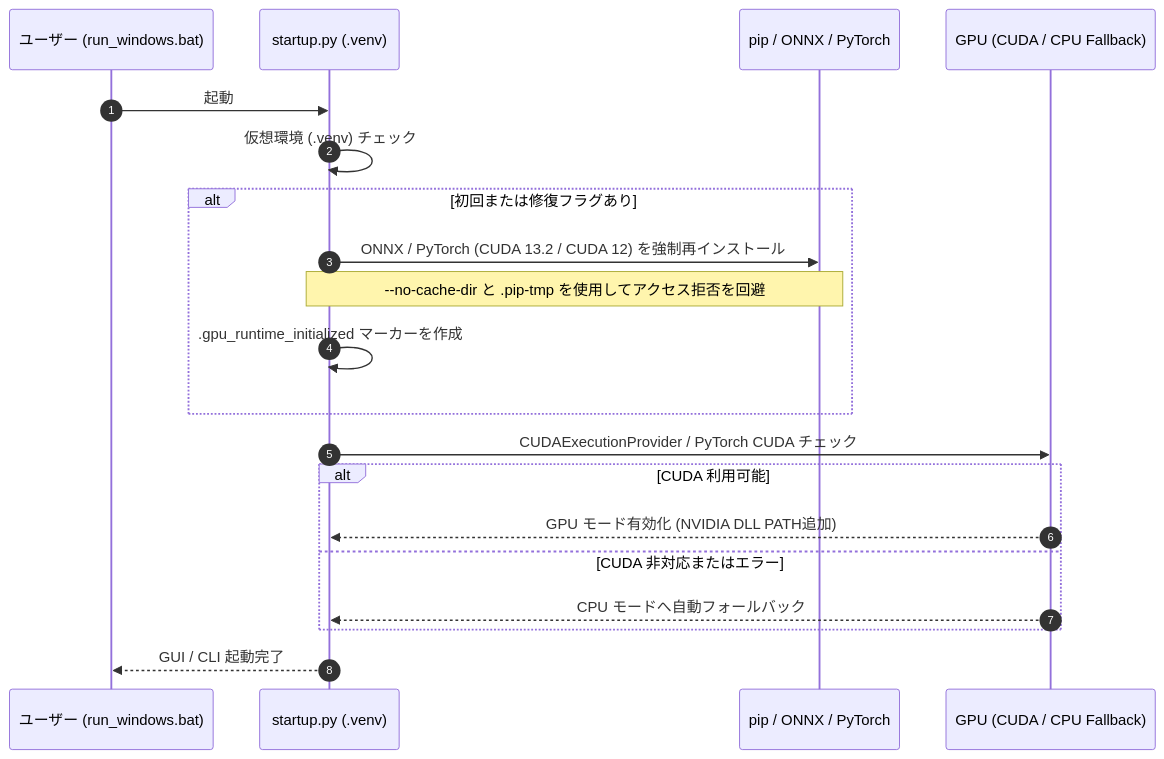
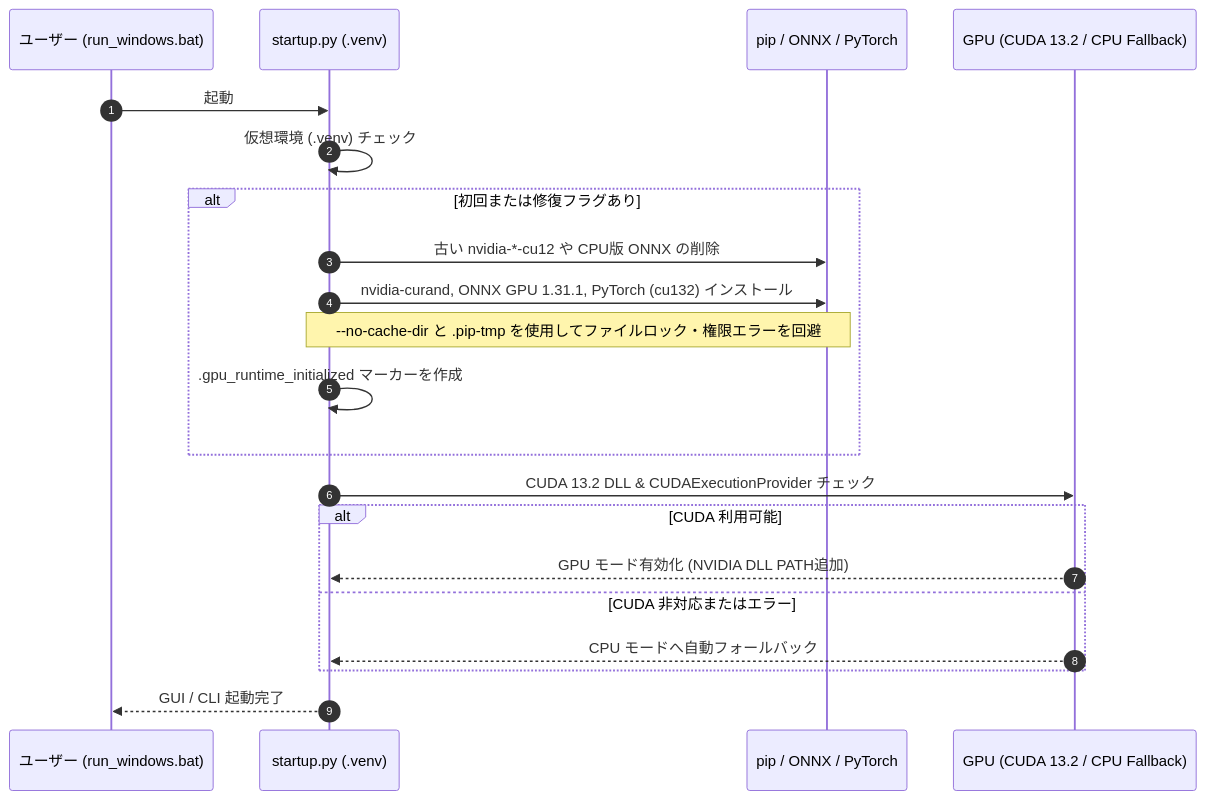
Before and after one commit to himaajinsan/twitter_image_sorter: the second of 2 diagrams in README.md, drawn with Mermaid. The commit also changed other lines of this file and 7 other files, not shown here.

````diff
--- a/README.md
+++ b/README.md
@@ -51,23 +51,24 @@
 ```mermaid
 sequenceDiagram
     autonumber
     participant U as ユーザー (run_windows.bat)
     participant S as startup.py (.venv)
     participant P as pip / ONNX / PyTorch
-    participant G as GPU (CUDA / CPU Fallback)
+    participant G as GPU (CUDA 13.2 / CPU Fallback)
 
     U->>S: 起動
     S->>S: 仮想環境 (.venv) チェック
     alt 初回または修復フラグあり
-        S->>P: ONNX / PyTorch (CUDA 13.2 / CUDA 12) を強制再インストール
-        Note over S,P: --no-cache-dir と .pip-tmp を使用してアクセス拒否を回避
+        S->>P: 古い nvidia-*-cu12 や CPU版 ONNX の削除
+        S->>P: nvidia-curand, ONNX GPU 1.31.1, PyTorch (cu132) インストール
+        Note over S,P: --no-cache-dir と .pip-tmp を使用してファイルロック・権限エラーを回避
         S->>S: .gpu_runtime_initialized マーカーを作成
     end
-    S->>G: CUDAExecutionProvider / PyTorch CUDA チェック
+    S->>G: CUDA 13.2 DLL & CUDAExecutionProvider チェック
     alt CUDA 利用可能
         G-->>S: GPU モード有効化 (NVIDIA DLL PATH追加)
     else CUDA 非対応またはエラー
         G-->>S: CPU モードへ自動フォールバック
     end
     S-->>U: GUI / CLI 起動完了
 ```
````
